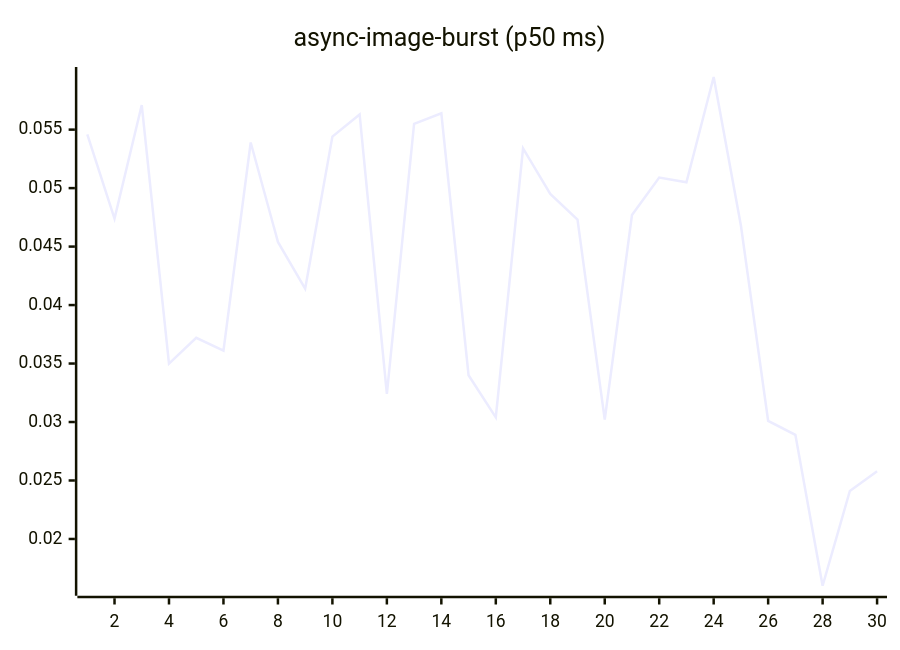
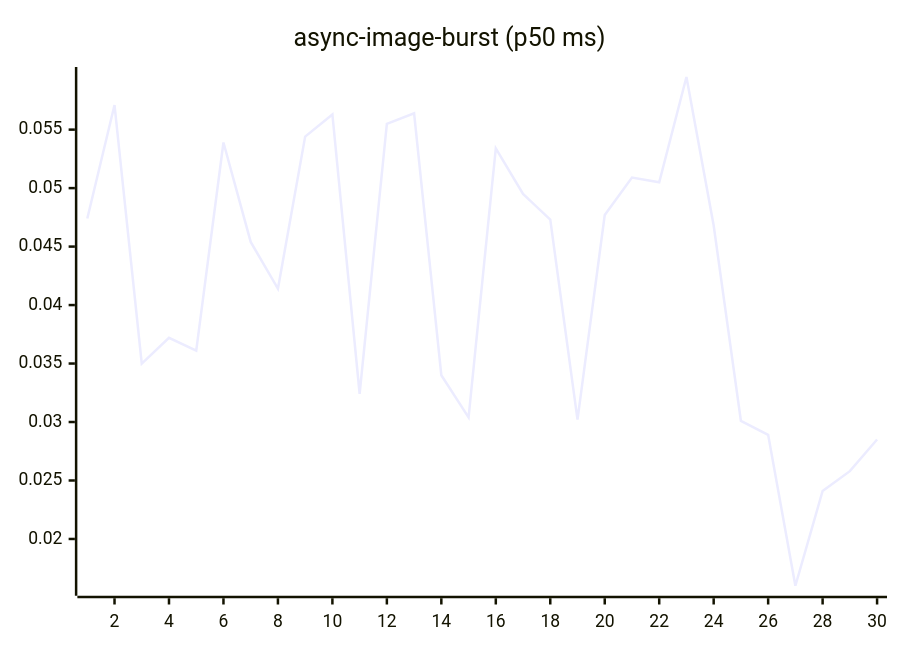
Before and after one commit to josha/Facet: the fourth of 27 diagrams in README.md, drawn with Mermaid. The commit also changed other lines of this file and 2 other files, not shown here.

````diff
--- a/README.md
+++ b/README.md
@@ -84,6 +84,6 @@
 ```mermaid
 xychart-beta
     title "async-image-burst (p50 ms)"
     x-axis 1 --> 30
-    line [0.0546, 0.0474, 0.0571, 0.0350, 0.0372, 0.0361, 0.0539, 0.0454, 0.0414, 0.0544, 0.0563, 0.0324, 0.0555, 0.0564, 0.0340, 0.0304, 0.0534, 0.0495, 0.0473, 0.0302, 0.0477, 0.0509, 0.0505, 0.0595, 0.0468, 0.0301, 0.0289, 0.0160, 0.0241, 0.0258]
+    line [0.0474, 0.0571, 0.0350, 0.0372, 0.0361, 0.0539, 0.0454, 0.0414, 0.0544, 0.0563, 0.0324, 0.0555, 0.0564, 0.0340, 0.0304, 0.0534, 0.0495, 0.0473, 0.0302, 0.0477, 0.0509, 0.0505, 0.0595, 0.0468, 0.0301, 0.0289, 0.0160, 0.0241, 0.0258, 0.0285]
 ```
````
